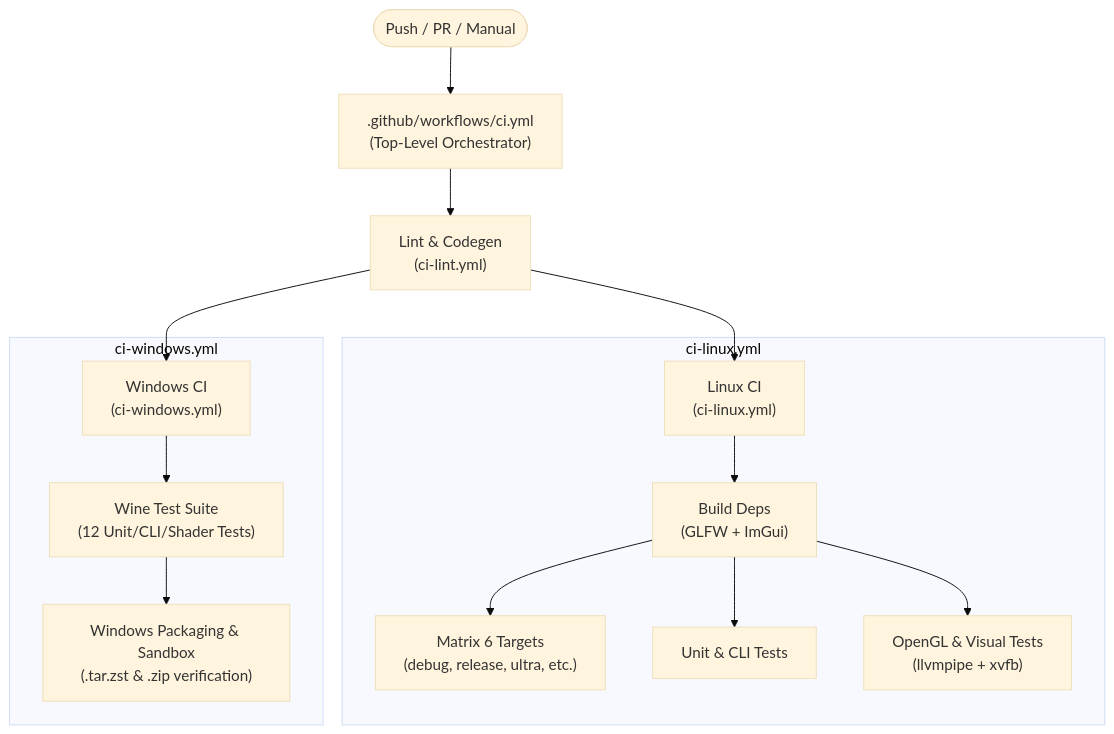
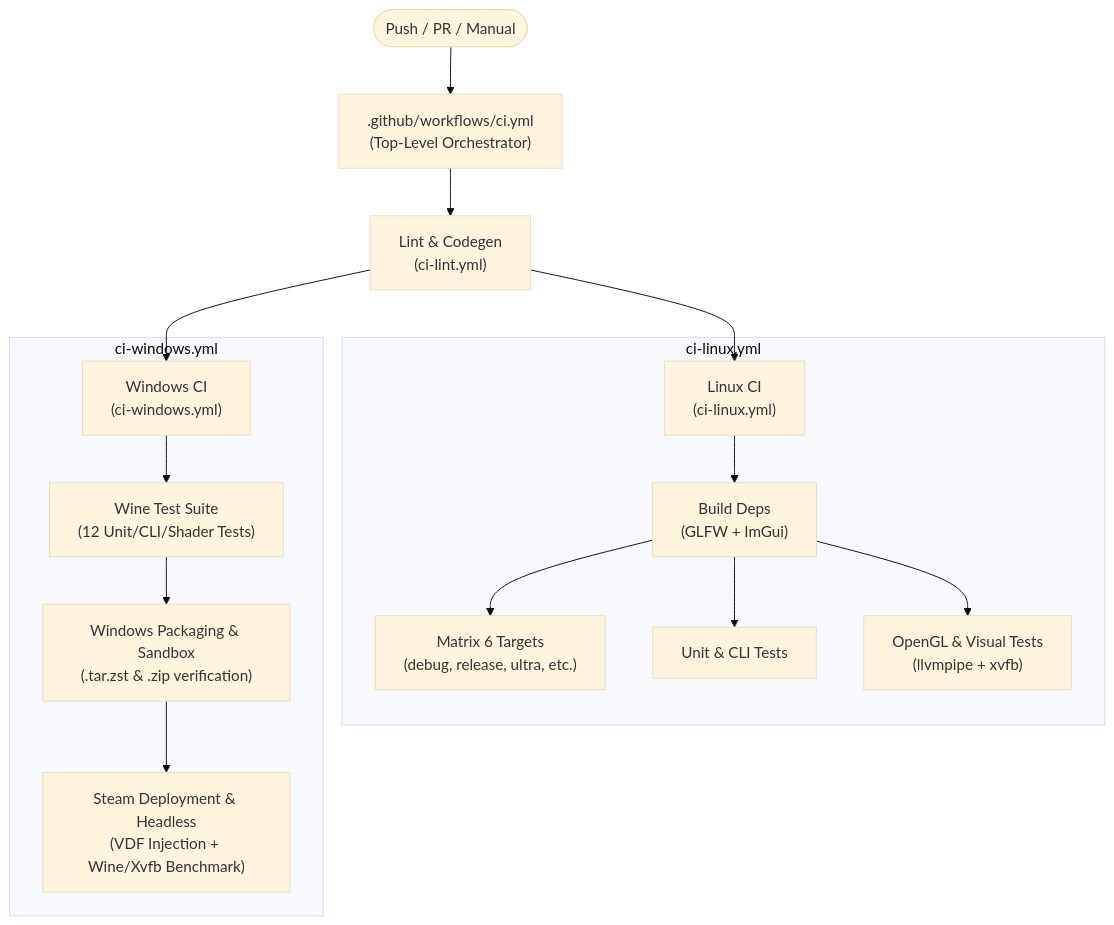
The diagram in docs/ci-build.md (yoyonel-lab/suckless-odin), drawn with Mermaid (base theme) before and after one commit. The commit also changed other lines of this file and 88 other files, not shown here.

Commit message:
docs: ambient occlusion baking architecture, optimization profiles & Steam Proton execution guide

````diff
--- a/docs/ci-build.md
+++ b/docs/ci-build.md
@@ -34,20 +34,21 @@
 ```mermaid
 graph TD
     Trigger([Push / PR / Manual]) --> Orchestrator[".github/workflows/ci.yml<br/>(Top-Level Orchestrator)"]
 
     Orchestrator --> LintJob["Lint & Codegen<br/>(ci-lint.yml)"]
     LintJob --> LinuxCI["Linux CI<br/>(ci-linux.yml)"]
     LintJob --> WindowsCI["Windows CI<br/>(ci-windows.yml)"]
 
     subgraph LinuxSub["ci-linux.yml"]
         LinuxCI --> LDeps["Build Deps<br/>(GLFW + ImGui)"]
         LDeps --> LBuild["Matrix 6 Targets<br/>(debug, release, ultra, etc.)"]
         LDeps --> LUnit["Unit & CLI Tests"]
         LDeps --> LGL["OpenGL & Visual Tests<br/>(llvmpipe + xvfb)"]
     end
 
     subgraph WindowsSub["ci-windows.yml"]
         WindowsCI --> WTest["Wine Test Suite<br/>(12 Unit/CLI/Shader Tests)"]
         WTest --> WPkg["Windows Packaging & Sandbox<br/>(.tar.zst & .zip verification)"]
+        WPkg --> WSteam["Steam Deployment & Headless<br/>(VDF Injection + Wine/Xvfb Benchmark)"]
     end
 ```
````
